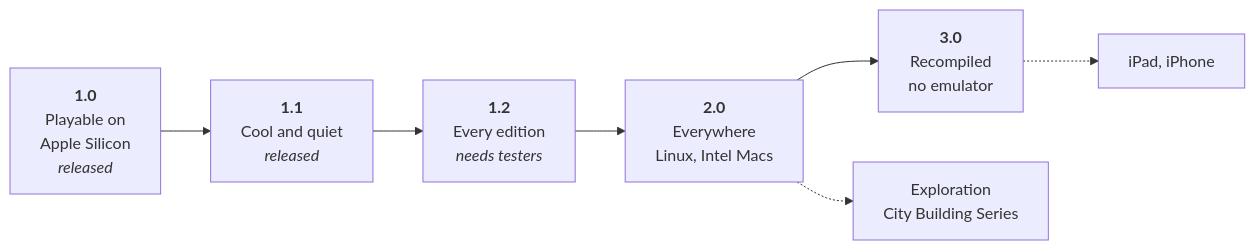
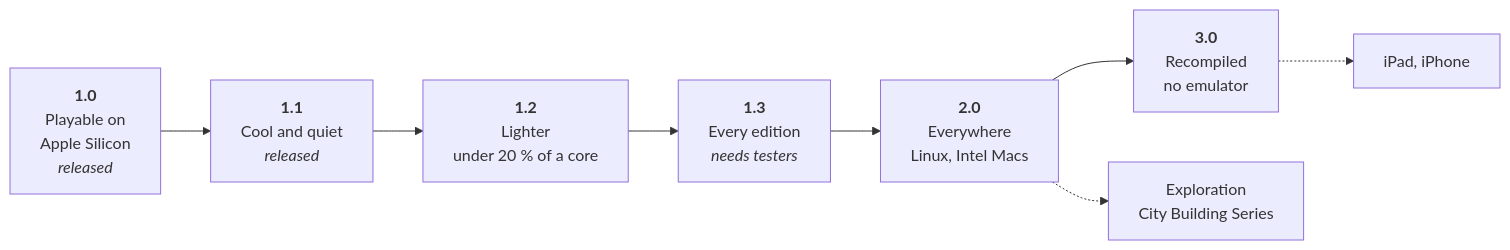
The diagram in docs/roadmap.md (nic0lasm/zeus-poseidon-arm64), drawn with Mermaid before and after one commit. The commit also changed other lines of this file and 3 other files, not shown here.

````diff
--- a/docs/roadmap.md
+++ b/docs/roadmap.md
@@ -11,9 +11,10 @@
 ```mermaid
 flowchart LR
     A["<b>1.0</b><br/>Playable on<br/>Apple Silicon<br/><i>released</i>"] --> B["<b>1.1</b><br/>Cool and quiet<br/><i>released</i>"]
-    B --> C["<b>1.2</b><br/>Every edition<br/><i>needs testers</i>"]
+    B --> L["<b>1.2</b><br/>Lighter<br/>under 20 % of a core"]
+    L --> C["<b>1.3</b><br/>Every edition<br/><i>needs testers</i>"]
     C --> D["<b>2.0</b><br/>Everywhere<br/>Linux, Intel Macs"]
     D --> E["<b>3.0</b><br/>Recompiled<br/>no emulator"]
     E -.-> F["iPad, iPhone"]
     D -.-> G["Exploration<br/>City Building Series"]
 ```
````
